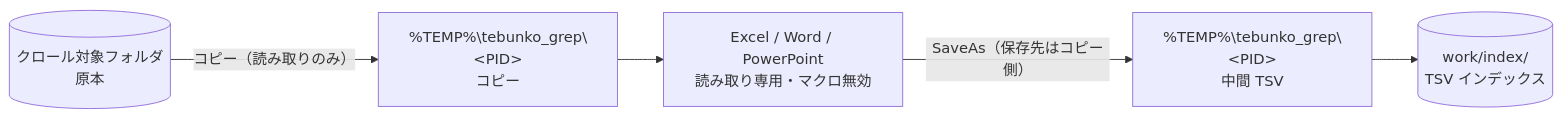
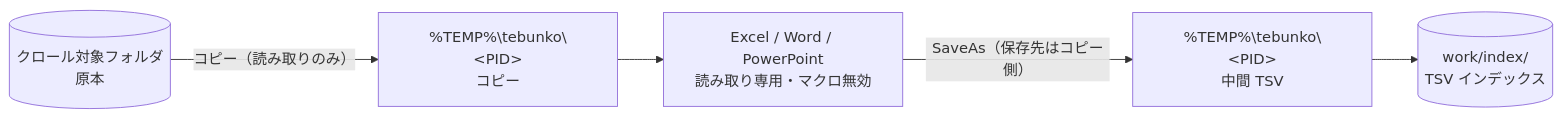
The diagram in docs/04_安全性.md (hsgwa/tebunko), drawn with Mermaid before and after one commit. The commit also changed other lines of this file and 169 other files, not shown here.

````diff
--- a/docs/04_安全性.md
+++ b/docs/04_安全性.md
@@ -139,13 +139,13 @@
 ```mermaid
 flowchart LR
     src[("クロール対象フォルダ<br>原本")]
-    copy["%TEMP%\tebunko_grep\#lt;PID#gt;<br>コピー"]
+    copy["%TEMP%\tebunko\#lt;PID#gt;<br>コピー"]
     office["Excel / Word / PowerPoint<br>読み取り専用・マクロ無効"]
-    tsv["%TEMP%\tebunko_grep\#lt;PID#gt;<br>中間 TSV"]
+    tsv["%TEMP%\tebunko\#lt;PID#gt;<br>中間 TSV"]
     idx[("work/index/<br>TSV インデックス")]
 
     src -- "コピー（読み取りのみ）" --> copy
     copy --> office
     office -- "SaveAs（保存先はコピー側）" --> tsv
     tsv --> idx
 ```
````
